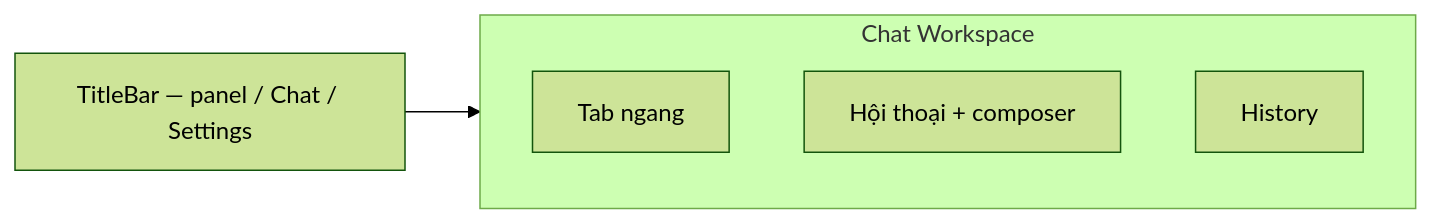
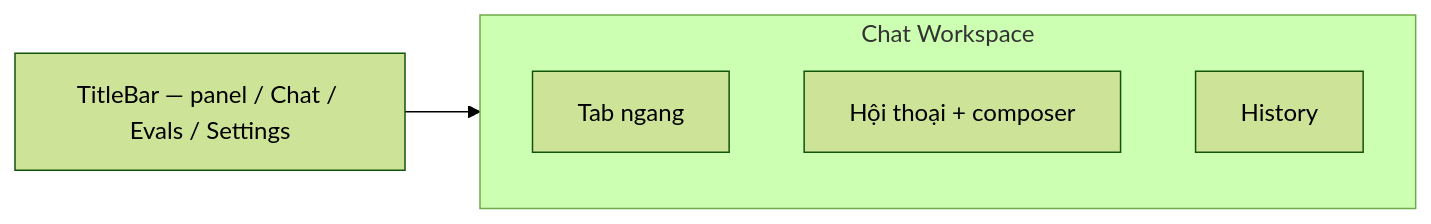
The diagram in docs/frontend/layout.md (walongdogiang/silence-platform), drawn with Mermaid (forest theme) before and after one commit. The commit also changed other lines of this file and 17 other files, not shown here.

First line of the commit message:
feat(evals): Evals button on TitleBar and progress that survives closing the page (#13)

````diff
--- a/docs/frontend/layout.md
+++ b/docs/frontend/layout.md
@@ -19,10 +19,10 @@
 ```mermaid
 flowchart LR
-  TB[TitleBar — panel / Chat / Settings]
+  TB[TitleBar — panel / Chat / Evals / Settings]
   subgraph chat [Chat Workspace]
     TAB[Tab ngang]
     WS[Hội thoại + composer]
     HZ[History]
   end
   TB --> chat
 ```
````
